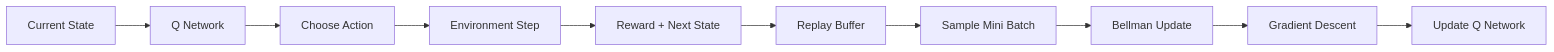
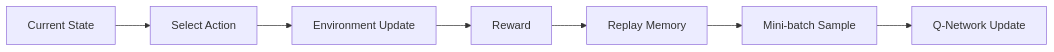
Before and after one commit to Murali47k/RL_pong: the second of 4 diagrams in README.md, drawn with Mermaid. The commit also changed other lines of this file and 2 other files, not shown here.

````diff
--- a/README.md
+++ b/README.md
@@ -276,22 +192,13 @@
 ```mermaid
 flowchart LR
 
-A[Current State]
---> B[Q Network]
+S[Current State]
+A[Select Action]
+E[Environment Update]
+R[Reward]
+M[Replay Memory]
+B[Mini-batch Sample]
+Q[Q-Network Update]
 
-B --> C[Choose Action]
-
-C --> D[Environment Step]
-
-D --> E[Reward + Next State]
-
-E --> F[Replay Buffer]
-
-F --> G[Sample Mini Batch]
-
-G --> H[Bellman Update]
-
-H --> I[Gradient Descent]
-
-I --> J[Update Q Network]
+S --> A --> E --> R --> M --> B --> Q
 ```
````
